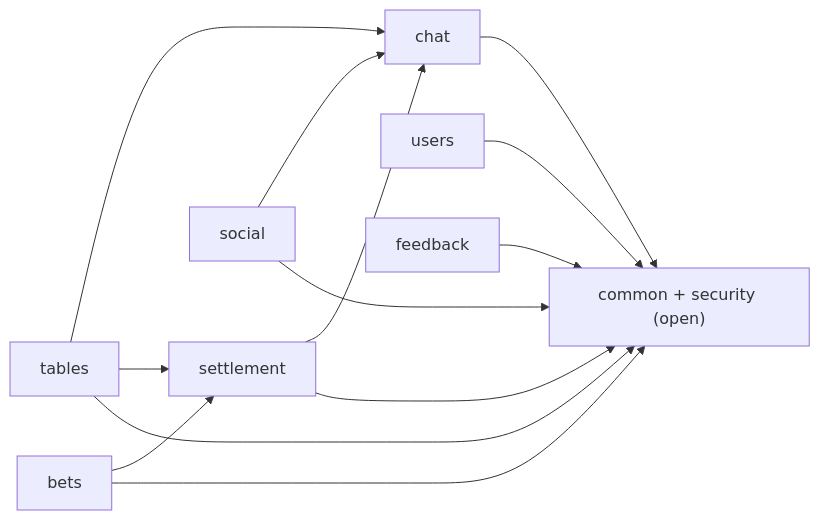
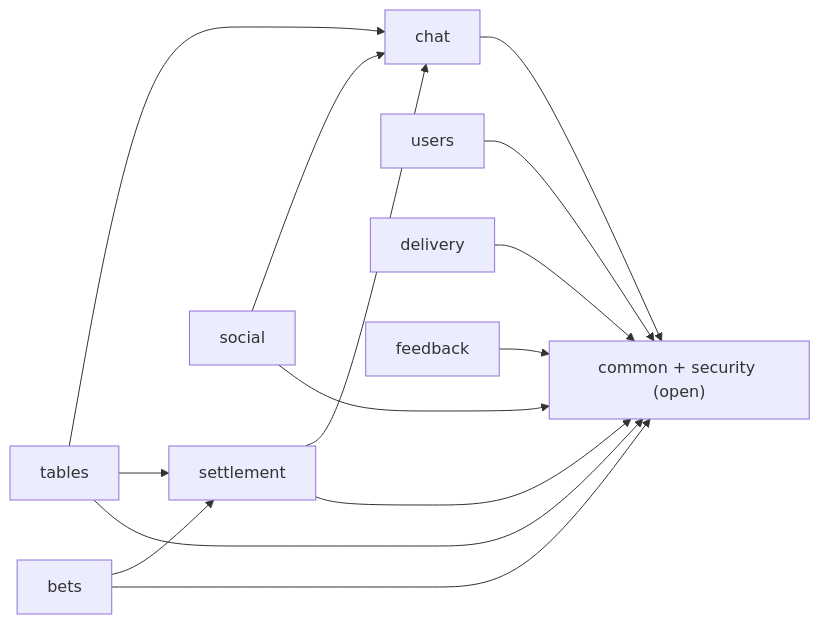
The second of 3 diagrams in docs/site/architecture.md (jackhudsonnnn/PVPicks), drawn with Mermaid before and after one commit. The commit also changed other lines of this file and 13 other files, not shown here.

````diff
--- a/docs/site/architecture.md
+++ b/docs/site/architecture.md
@@ -30,9 +33,9 @@
 ```mermaid
 flowchart LR
   tables --> chat
   tables --> settlement
   social --> chat
   settlement --> chat
   bets --> settlement
-  users & social & tables & chat & bets & settlement & feedback --> shared["common + security (open)"]
+  users & social & tables & chat & bets & settlement & delivery & feedback --> shared["common + security (open)"]
 ```
````
